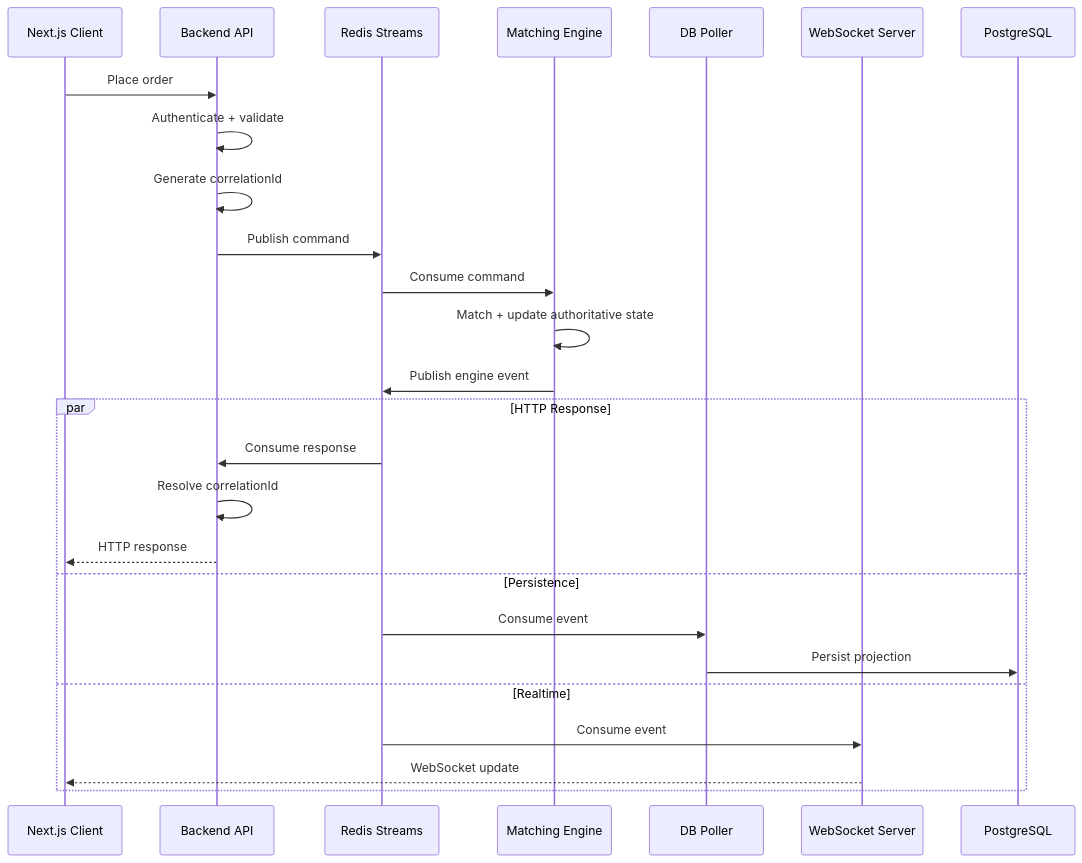
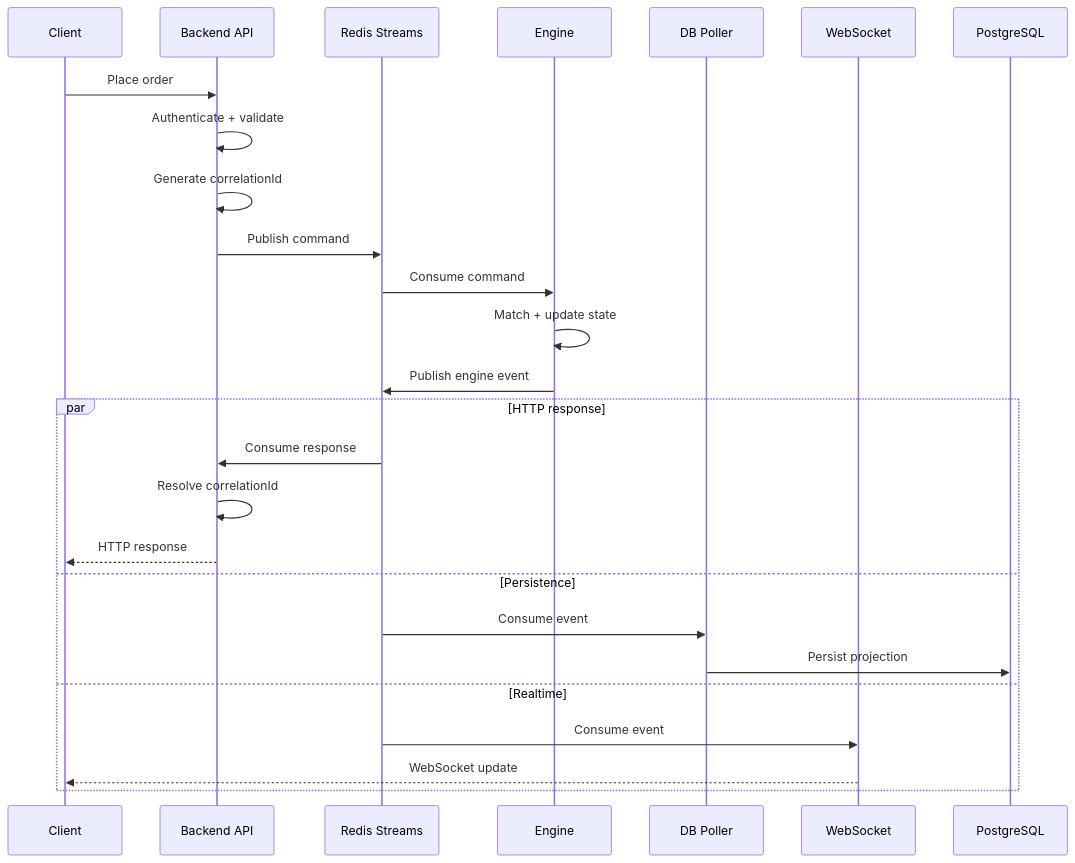
Before and after one commit to MANI-116/PERP: the first of 7 diagrams in README.md, drawn with Mermaid. The commit also changed other lines of this file, not shown here.

Commit message:
docs: add professional README navigation and architecture

````diff
--- a/README.md
+++ b/README.md
@@ -57,30 +72,30 @@
 ```mermaid
 sequenceDiagram
-    participant C as Next.js Client
-    participant B as Backend API
-    participant R as Redis Streams
-    participant E as Matching Engine
+    participant C as Client
+    participant A as Backend API
+    participant Q as Redis Streams
+    participant E as Engine
     participant P as DB Poller
-    participant W as WebSocket Server
+    participant W as WebSocket
     participant D as PostgreSQL
 
-    C->>B: Place order
-    B->>B: Authenticate + validate
-    B->>B: Generate correlationId
-    B->>R: Publish command
-    R->>E: Consume command
-    E->>E: Match + update authoritative state
-    E->>R: Publish engine event
+    C->>A: Place order
+    A->>A: Authenticate + validate
+    A->>A: Generate correlationId
+    A->>Q: Publish command
+    Q->>E: Consume command
+    E->>E: Match + update state
+    E->>Q: Publish engine event
 
-    par HTTP Response
-        R->>B: Consume response
-        B->>B: Resolve correlationId
-        B-->>C: HTTP response
+    par HTTP response
+        Q->>A: Consume response
+        A->>A: Resolve correlationId
+        A-->>C: HTTP response
     and Persistence
-        R->>P: Consume event
+        Q->>P: Consume event
         P->>D: Persist projection
     and Realtime
-        R->>W: Consume event
+        Q->>W: Consume event
         W-->>C: WebSocket update
     end
 ```
````
